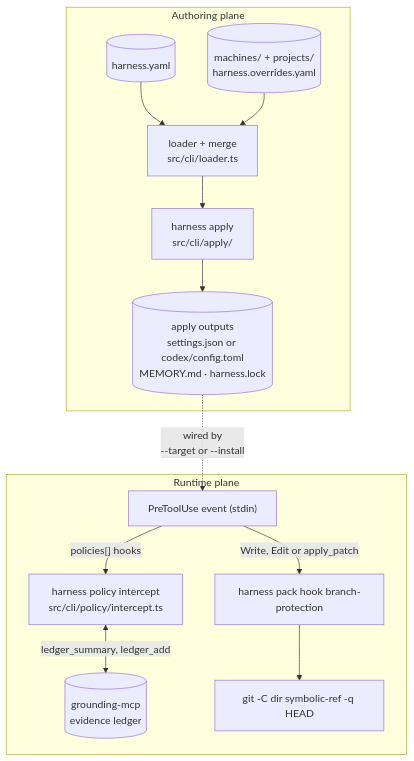
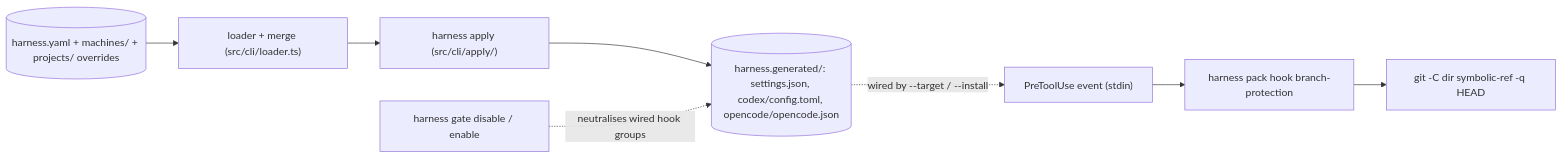
One commit to LanNguyenSi/harness changed the diagram in docs/ARCHITECTURE.md. Above: the diagram before and after it, drawn with Mermaid. The commit also changed other lines of this file, not shown here.

First line of the commit message:
docs: rewrite ARCHITECTURE.md as the reference for the kept surface (#754)

````diff
--- a/docs/ARCHITECTURE.md
+++ b/docs/ARCHITECTURE.md
@@ -50,29 +9,16 @@
 ```mermaid
-flowchart TD
-  subgraph AUTH ["Authoring plane"]
-    HY[("harness.yaml")]
-    OV[("machines/ + projects/<br/>harness.overrides.yaml")]
-    LM["loader + merge<br/>src/cli/loader.ts"]
-    APL["harness apply<br/>src/cli/apply/"]
-    OUT[("apply outputs<br/>settings.json or codex/config.toml<br/>MEMORY.md · harness.lock")]
+flowchart LR
+  HY[("harness.yaml + machines/ + projects/ overrides")]
+  LM["loader + merge (src/cli/loader.ts)"]
+  APL["harness apply (src/cli/apply/)"]
+  GEN[("harness.generated/: settings.json, codex/config.toml, opencode/opencode.json")]
+  EVT["PreToolUse event (stdin)"]
+  BP["harness pack hook branch-protection"]
+  GIT["git -C dir symbolic-ref -q HEAD"]
+  GATE["harness gate disable / enable"]
 
-    HY --> LM
-    OV --> LM
-    LM --> APL
-    APL --> OUT
-  end
-
-  subgraph RUN ["Runtime plane"]
-    EVT["PreToolUse event (stdin)"]
-    PI["harness policy intercept<br/>src/cli/policy/intercept.ts"]
-    GR[("grounding-mcp<br/>evidence ledger")]
-    BP["harness pack hook branch-protection"]
-    GIT["git -C dir symbolic-ref -q HEAD"]
-
-    EVT -->|"policies[] hooks"| PI
-    PI <-->|"ledger_summary, ledger_add"| GR
-    EVT -->|"Write, Edit or apply_patch"| BP --> GIT
-  end
-
-  OUT -.->|"wired by<br/>--target or --install"| EVT
+  HY --> LM --> APL --> GEN
+  GEN -.->|"wired by --target / --install"| EVT
+  EVT --> BP --> GIT
+  GATE -.->|"neutralises wired hook groups"| GEN
 ```
````
